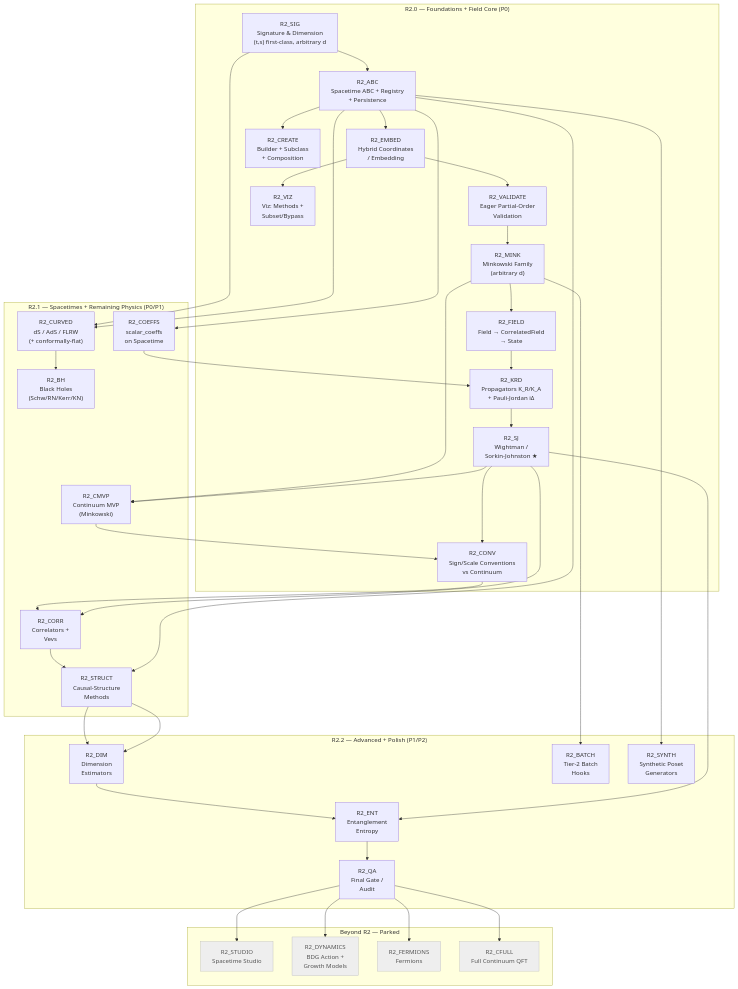
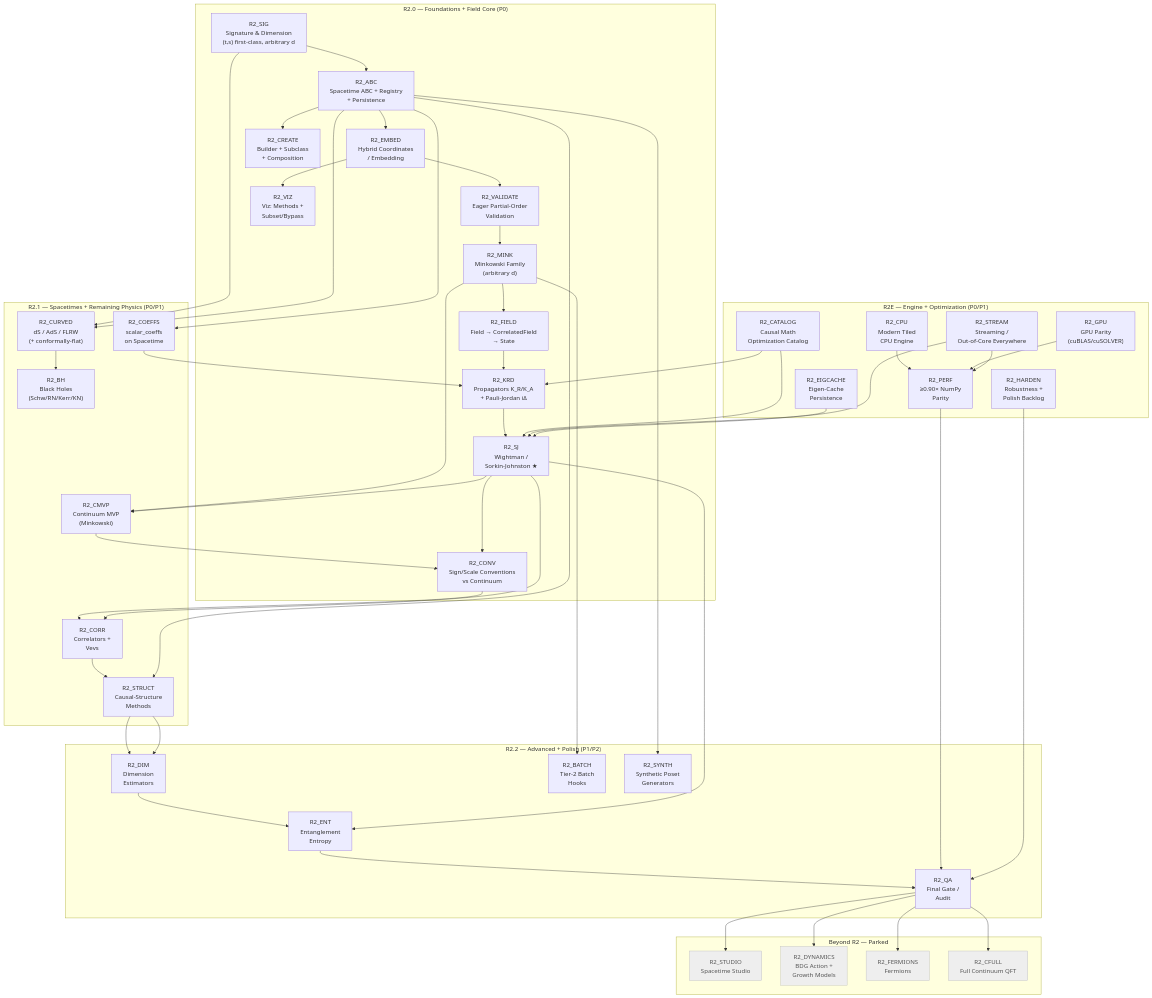
Before and after one commit to BrorH/pycauset: the diagram in documentation/project/plans/R2_ROADMAP.md, drawn with Mermaid. The commit also changed other lines of this file and 3 other files, not shown here.

First line of the commit message:
perf(openblas): threaded DYNAMIC_ARCH OpenBLAS + 8-thread default; update perf/roadmap docs

```diff
--- a/documentation/project/plans/R2_ROADMAP.md
+++ b/documentation/project/plans/R2_ROADMAP.md
@@ -139,6 +167,16 @@
         R2_QA["R2_QA<br/>Final Gate /<br/>Audit"]
     end
 
+    subgraph R2E["R2E — Engine + Optimization (P0/P1)"]
+        R2_PERF["R2_PERF<br/>≥0.90× NumPy<br/>Parity"]
+        R2_CPU["R2_CPU<br/>Modern Tiled<br/>CPU Engine"]
+        R2_GPU["R2_GPU<br/>GPU Parity<br/>(cuBLAS/cuSOLVER)"]
+        R2_STREAM["R2_STREAM<br/>Streaming /<br/>Out-of-Core Everywhere"]
+        R2_CATALOG["R2_CATALOG<br/>Causal Math<br/>Optimization Catalog"]
+        R2_EIGCACHE["R2_EIGCACHE<br/>Eigen-Cache<br/>Persistence"]
+        R2_HARDEN["R2_HARDEN<br/>Robustness +<br/>Polish Backlog"]
+    end
+
     subgraph R2X["Beyond R2 — Parked"]
         R2_STUDIO["R2_STUDIO<br/>Spacetime Studio"]
         R2_DYNAMICS["R2_DYNAMICS<br/>BDG Action +<br/>Growth Models"]
@@ -167,6 +205,17 @@
     R2_MINK --> R2_BATCH
     R2_ABC --> R2_SYNTH
 
+    %% Engine track (folded in from the R1 post-R1 program)
+    R2_CPU --> R2_PERF
+    R2_GPU --> R2_PERF
+    R2_STREAM --> R2_PERF
+    R2_CATALOG --> R2_KRD
+    R2_CATALOG --> R2_SJ
+    R2_EIGCACHE --> R2_SJ
+    R2_STREAM --> R2_SJ
+    R2_PERF --> R2_QA
+    R2_HARDEN --> R2_QA
+
     %% Parked
     R2_QA --> R2_STUDIO
     R2_QA --> R2_DYNAMICS
```
